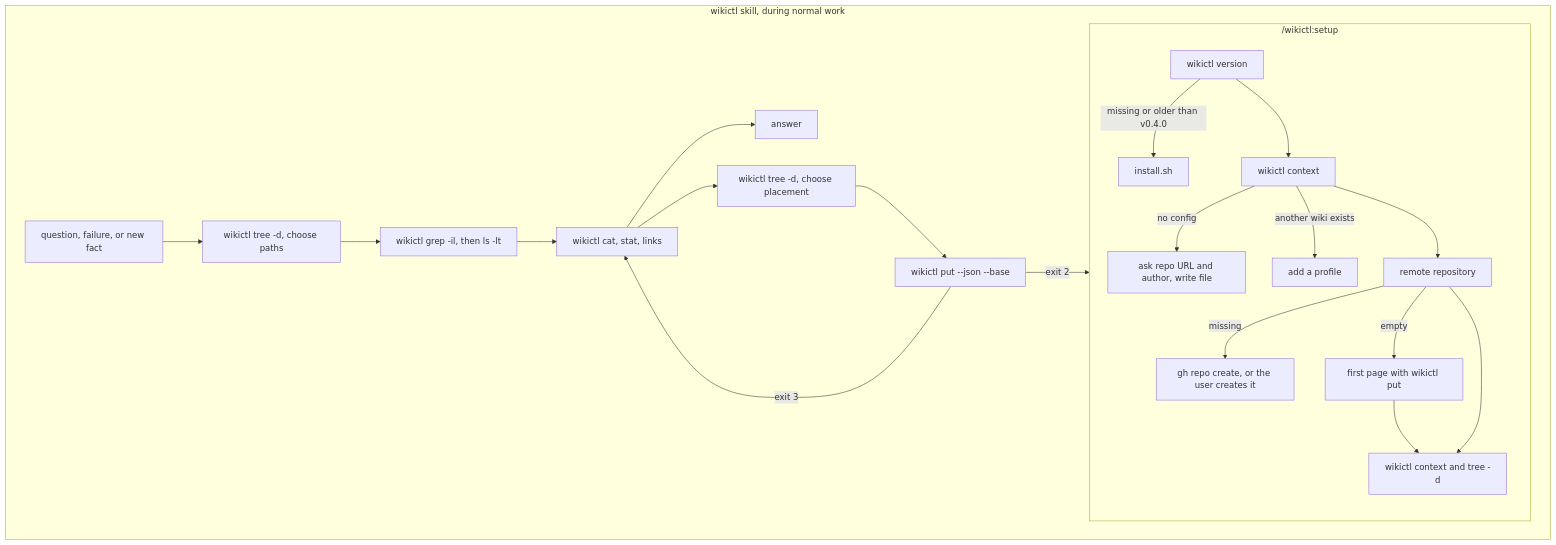
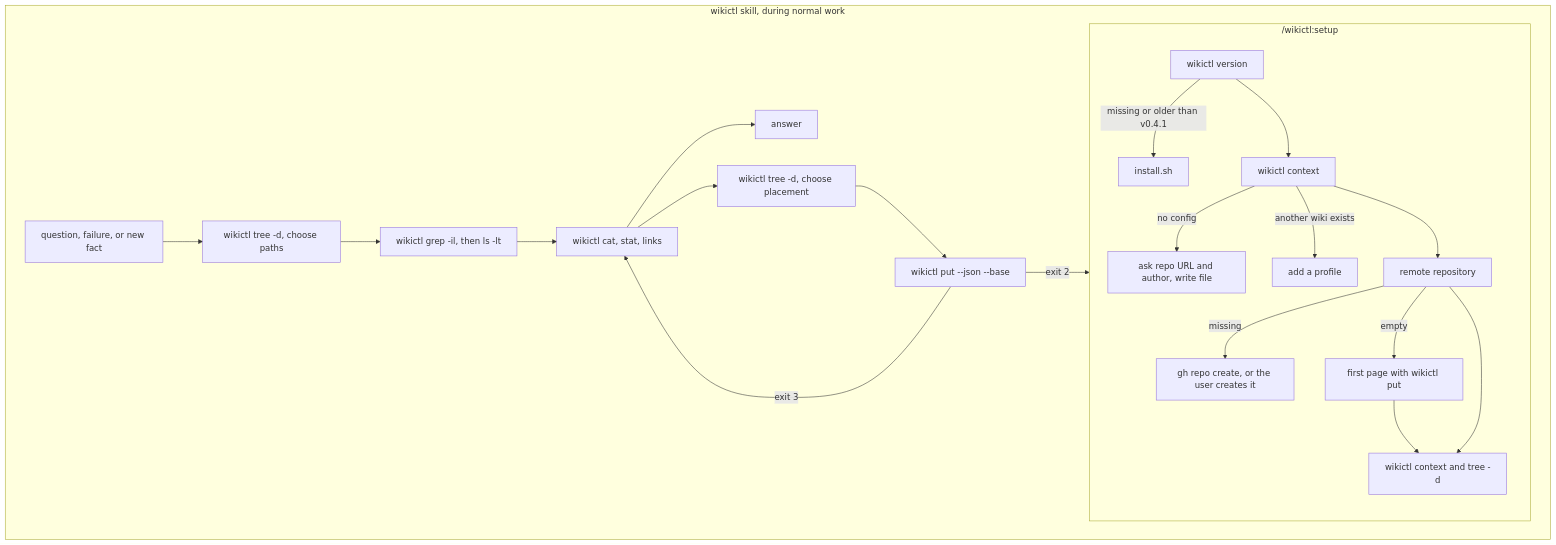
The diagram in README.md (roamer7038/wikictl-claude-plugin), drawn with Mermaid before and after one commit. The commit also changed other lines of this file and 4 other files, not shown here.

````diff
--- a/README.md
+++ b/README.md
@@ -31,21 +31,21 @@
 ```mermaid
 flowchart TD
     subgraph setup["/wikictl:setup"]
-        S1[wikictl version] -->|missing or older than v0.4.0| S1a[install.sh]
+        S1[wikictl version] -->|missing or older than v0.4.1| S1a[install.sh]
         S1 --> S2[wikictl context] -->|no config| S2a[ask repo URL and author, write file]
         S2 -->|another wiki exists| S2b[add a profile]
         S2 --> S3[remote repository] -->|missing| S3a[gh repo create, or the user creates it]
         S3 -->|empty| S4[first page with wikictl put] --> S5[wikictl context and tree -d]
         S3 --> S5
     end
     subgraph use["wikictl skill, during normal work"]
         U1[question, failure, or new fact] --> U2[wikictl tree -d, choose paths]
         U2 --> U3[wikictl grep -il, then ls -lt]
         U3 --> U4[wikictl cat, stat, links]
         U4 --> U5[answer]
         U4 --> U6[wikictl tree -d, choose placement]
         U6 --> U7[wikictl put --json --base]
         U7 -->|exit 3| U4
         U7 -->|exit 2| setup
     end
 ```
````
